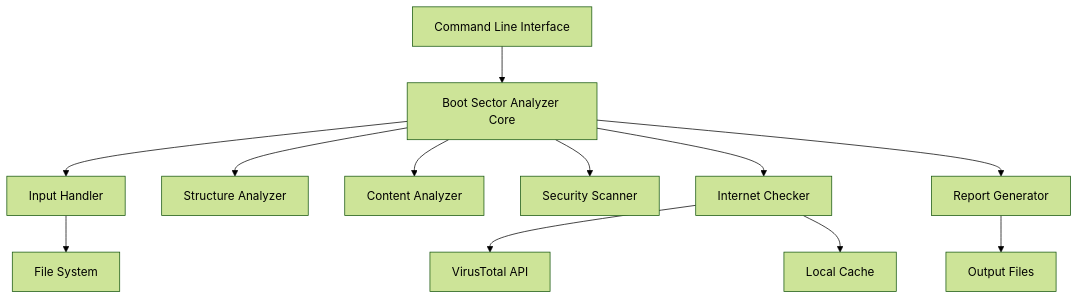
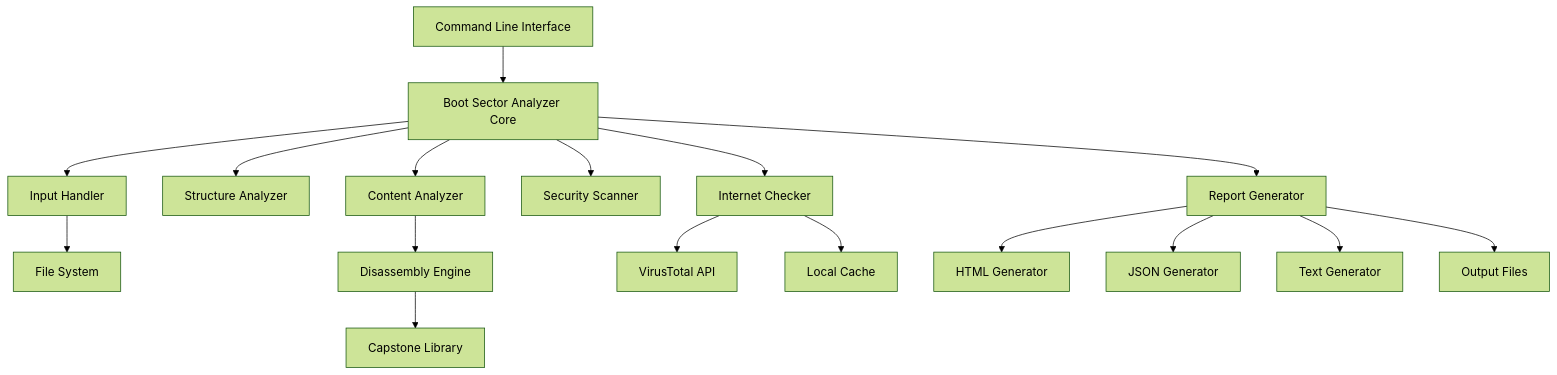
The diagram in .kiro/specs/boot-sector-analyzer/design.md (surreal70/boot-sector-analyzer), drawn with Mermaid (forest theme) before and after one commit. The commit also changed other lines of this file and 576 other files, not shown here.

````diff
--- a/.kiro/specs/boot-sector-analyzer/design.md
+++ b/.kiro/specs/boot-sector-analyzer/design.md
@@ -15,15 +15,21 @@
 ```mermaid
 graph TB
     CLI[Command Line Interface] --> Core[Boot Sector Analyzer Core]
     Core --> Input[Input Handler]
     Core --> Structure[Structure Analyzer]
     Core --> Content[Content Analyzer]
     Core --> Security[Security Scanner]
     Core --> Internet[Internet Checker]
     Core --> Report[Report Generator]
     
+    Content --> Disasm[Disassembly Engine]
+    Report --> HTMLGen[HTML Generator]
+    Report --> JSONGen[JSON Generator]
+    Report --> TextGen[Text Generator]
+    
     Input --> FileSystem[File System]
     Internet --> VirusTotal[VirusTotal API]
     Internet --> Cache[Local Cache]
     Report --> Output[Output Files]
+    Disasm --> CapstoneLib[Capstone Library]
 ```
````
